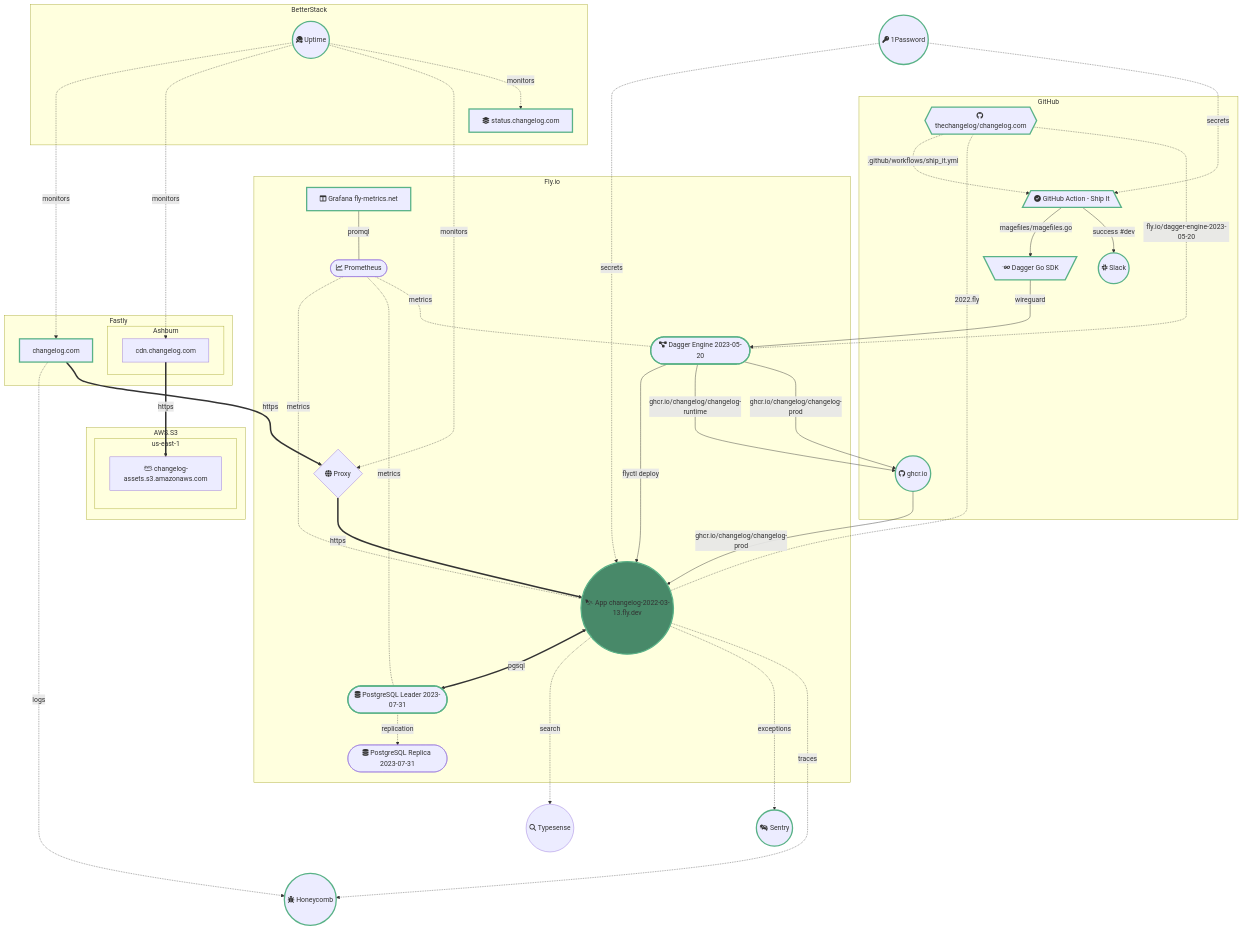
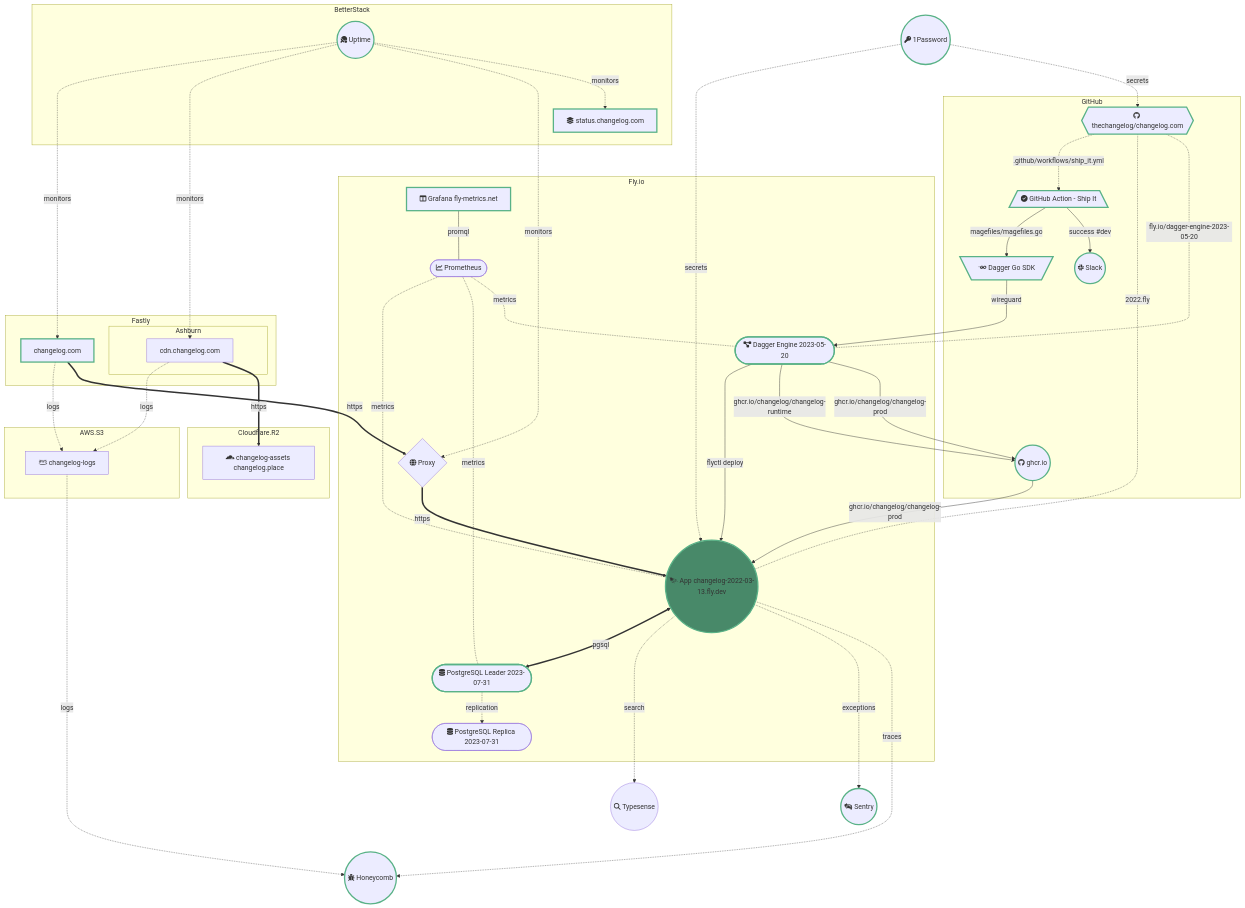
The diagram in INFRASTRUCTURE.md (thechangelog/changelog.com), drawn with Mermaid before and after one commit. The commit also changed other lines of this file, not shown here.

Commit message:
Update infrastructure diagram with Cloudflare R2 addition
Follow-up to https://github.com/thechangelog/changelog.com/pull/468

```diff
--- a/INFRASTRUCTURE.md
+++ b/INFRASTRUCTURE.md
@@ -76,7 +76,7 @@
     secrets(( fa:fa-key 1Password )):::link
     click secrets "https://changelog.1password.com/"
     secrets -.-> |secrets| app
-    secrets -..-> |secrets| cicd
+    secrets -.-> |secrets| repo
 
     %% Search
     search(( fa:fa-magnifying-glass Typesense ))
@@ -97,18 +97,21 @@
         end
     end
 
+    subgraph AWS.S3
+        logs[ fab:fa-aws changelog-logs ]
+    end
+    apex & cdn-.-> |logs| logs
+
     %% Observability
     observability(( fa:fa-bug Honeycomb )):::link
     click observability "https://ui.honeycomb.io/changelog/datasets/changelog_opentelemetry/home"
-    apex -.-> |logs| observability
     app -....-> |traces| observability
+    logs -.-> |logs| observability
     
     %% Object storage
     apex ==> |https| proxy
-    subgraph AWS.S3
-        subgraph us-east-1
-            assets[ fab:fa-aws changelog-assets.s3.amazonaws.com ]
-        end
+    subgraph Cloudflare.R2
+        assets[ fab:fa-cloudflare changelog-assets changelog.place ]
     end
     cdn ==> |https| assets
 
```
